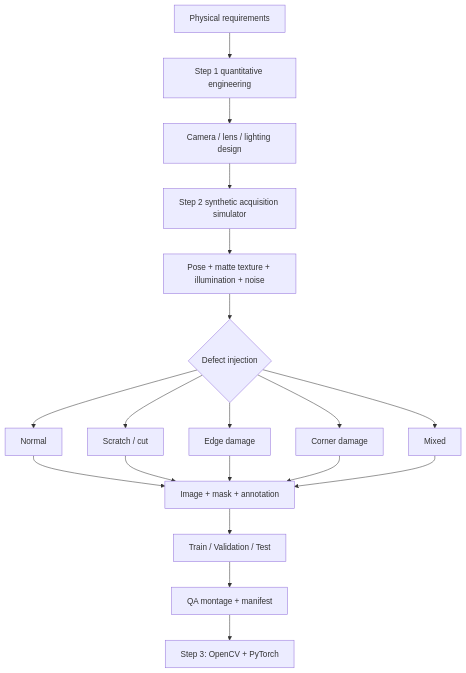
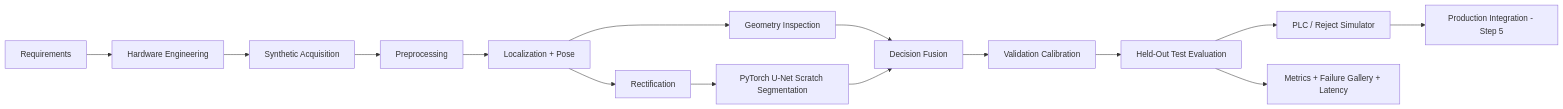
Before and after one commit to mghazel2030/mghazel--end-to-end-machine-vision-system-poc-: the diagram in docs/architecture.md, drawn with Mermaid. The commit also changed other lines of this file and 27 other files, not shown here.

Commit message:
feat(04): integrate evaluation and PLC reject simulation

````diff
--- a/docs/architecture.md
+++ b/docs/architecture.md
@@ -3,21 +3,17 @@
 ```mermaid
-flowchart TD
- A[Physical requirements] --> B[Step 1 quantitative engineering]
- B --> C[Camera / lens / lighting design]
- C --> D[Step 2 synthetic acquisition simulator]
- D --> E[Pose + matte texture + illumination + noise]
- E --> F{Defect injection}
- F --> G[Normal]
- F --> H[Scratch / cut]
- F --> I[Edge damage]
- F --> J[Corner damage]
- F --> K[Mixed]
- G --> L[Image + mask + annotation]
- H --> L
- I --> L
- J --> L
- K --> L
- L --> M[Train / Validation / Test]
- M --> N[QA montage + manifest]
- N --> O[Step 3: OpenCV + PyTorch]
+flowchart LR
+  A[Requirements] --> B[Hardware Engineering]
+  B --> C[Synthetic Acquisition]
+  C --> D[Preprocessing]
+  D --> E[Localization + Pose]
+  E --> F[Rectification]
+  E --> G[Geometry Inspection]
+  F --> H[PyTorch U-Net Scratch Segmentation]
+  G --> I[Decision Fusion]
+  H --> I
+  I --> J[Validation Calibration]
+  J --> K[Held-Out Test Evaluation]
+  K --> L[PLC / Reject Simulator]
+  K --> M[Metrics + Failure Gallery + Latency]
+  L --> N[Production Integration - Step 5]
 ```
````
